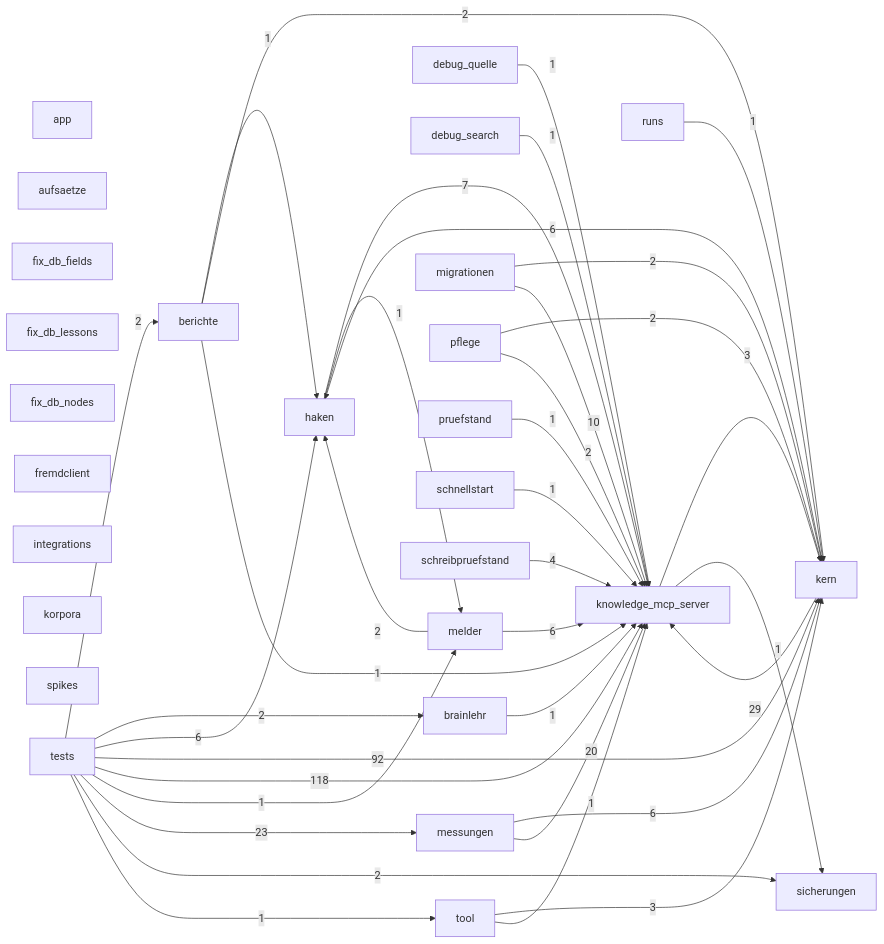
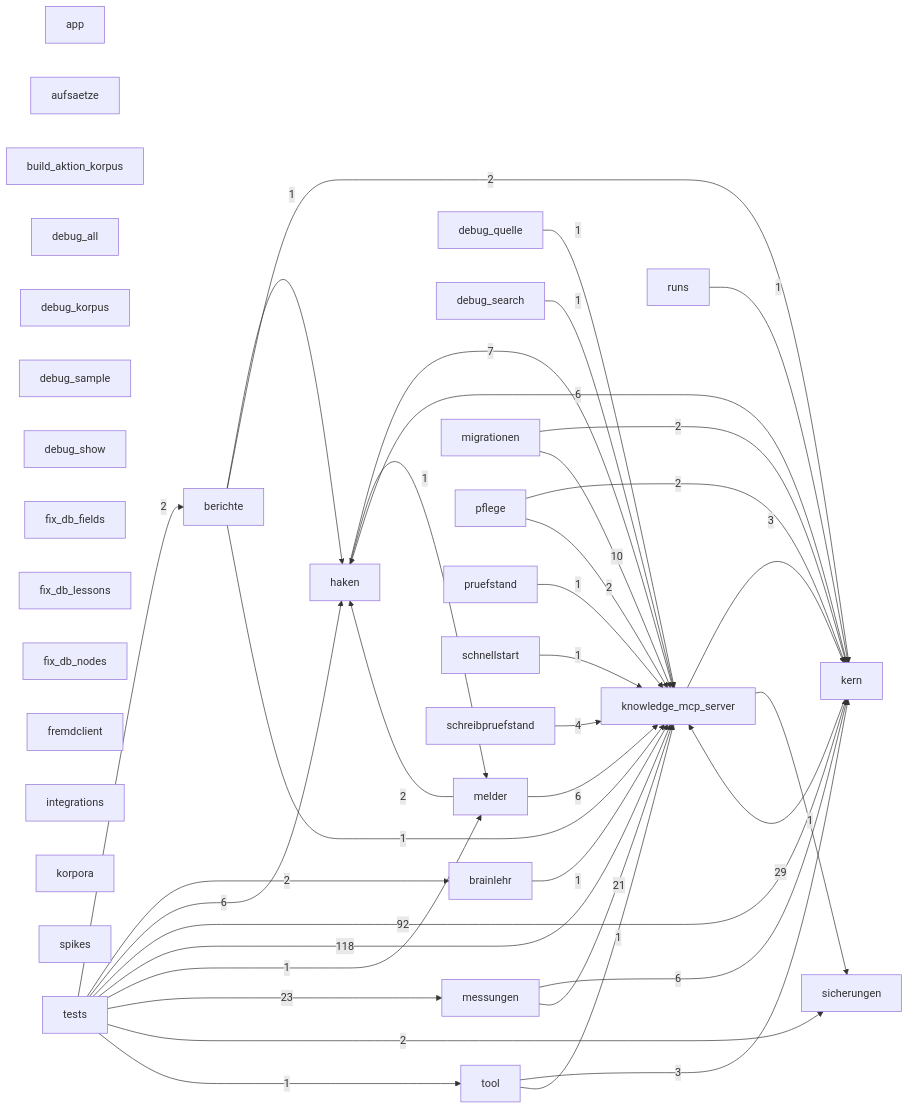
One commit to 3lehr/brainlehr changed the diagram in docs/karten/code-brainlehr.md. Above: the diagram before and after it, drawn with Mermaid. The commit also changed other lines of this file and 3 other files, not shown here.

````diff
--- a/docs/karten/code-brainlehr.md
+++ b/docs/karten/code-brainlehr.md
@@ -5,65 +5,70 @@
 ```mermaid
 graph LR
   app["app"]
   aufsaetze["aufsaetze"]
   berichte["berichte"]
   brainlehr["brainlehr"]
+  build_aktion_korpus["build_aktion_korpus"]
+  debug_all["debug_all"]
+  debug_korpus["debug_korpus"]
   debug_quelle["debug_quelle"]
+  debug_sample["debug_sample"]
   debug_search["debug_search"]
+  debug_show["debug_show"]
   fix_db_fields["fix_db_fields"]
   fix_db_lessons["fix_db_lessons"]
   fix_db_nodes["fix_db_nodes"]
   fremdclient["fremdclient"]
   haken["haken"]
   integrations["integrations"]
   kern["kern"]
   knowledge_mcp_server["knowledge_mcp_server"]
   korpora["korpora"]
   melder["melder"]
   messungen["messungen"]
   migrationen["migrationen"]
   pflege["pflege"]
   pruefstand["pruefstand"]
   runs["runs"]
   schnellstart["schnellstart"]
   schreibpruefstand["schreibpruefstand"]
   sicherungen["sicherungen"]
   spikes["spikes"]
   tests["tests"]
   tool["tool"]
   berichte -->|1| haken
   berichte -->|2| kern
   berichte -->|1| knowledge_mcp_server
   brainlehr -->|1| knowledge_mcp_server
   debug_quelle -->|1| knowledge_mcp_server
   debug_search -->|1| knowledge_mcp_server
   haken -->|7| knowledge_mcp_server
   haken -->|1| melder
   kern -->|6| haken
   kern -->|29| knowledge_mcp_server
   knowledge_mcp_server -->|3| kern
   knowledge_mcp_server -->|1| sicherungen
   melder -->|2| haken
   melder -->|6| knowledge_mcp_server
   messungen -->|6| kern
-  messungen -->|20| knowledge_mcp_server
+  messungen -->|21| knowledge_mcp_server
   migrationen -->|2| kern
   migrationen -->|10| knowledge_mcp_server
   pflege -->|2| kern
   pflege -->|2| knowledge_mcp_server
   pruefstand -->|1| knowledge_mcp_server
   runs -->|1| kern
   schnellstart -->|1| knowledge_mcp_server
   schreibpruefstand -->|4| knowledge_mcp_server
   tests -->|2| berichte
   tests -->|2| brainlehr
   tests -->|6| haken
   tests -->|92| kern
   tests -->|118| knowledge_mcp_server
   tests -->|1| melder
   tests -->|23| messungen
   tests -->|2| sicherungen
   tests -->|1| tool
   tool -->|3| kern
   tool -->|1| knowledge_mcp_server
 ```
````
